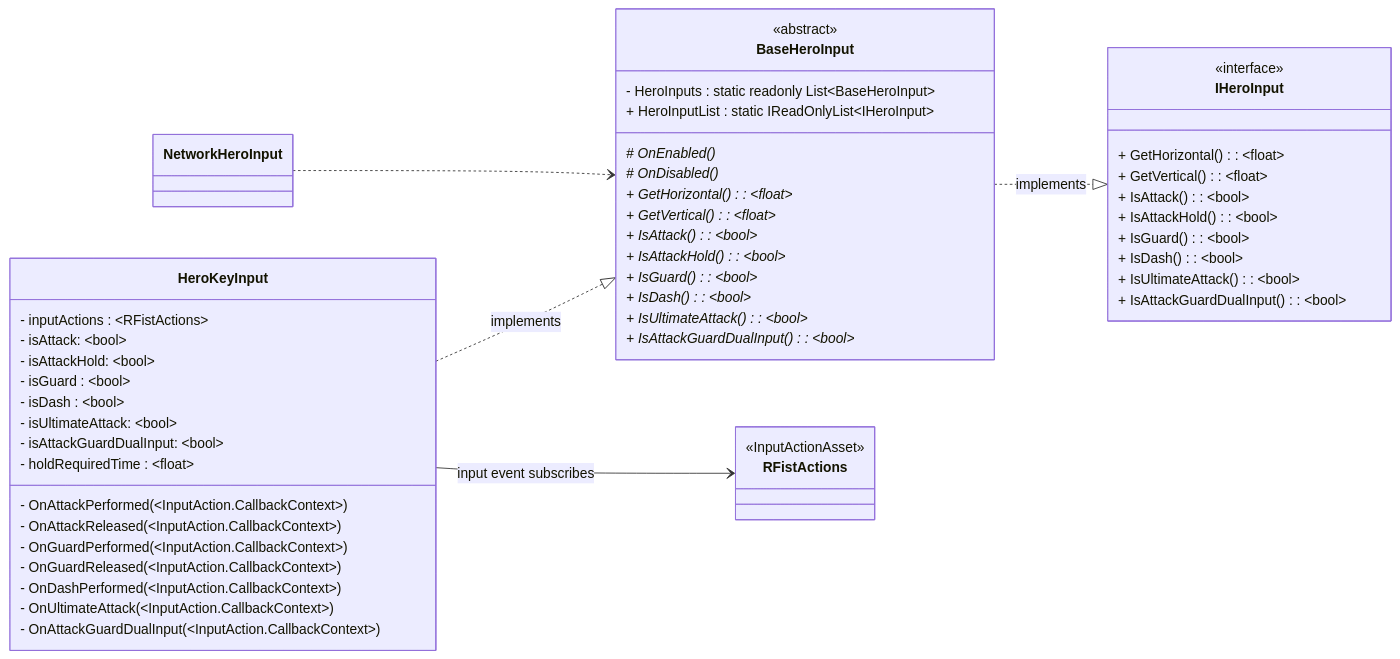
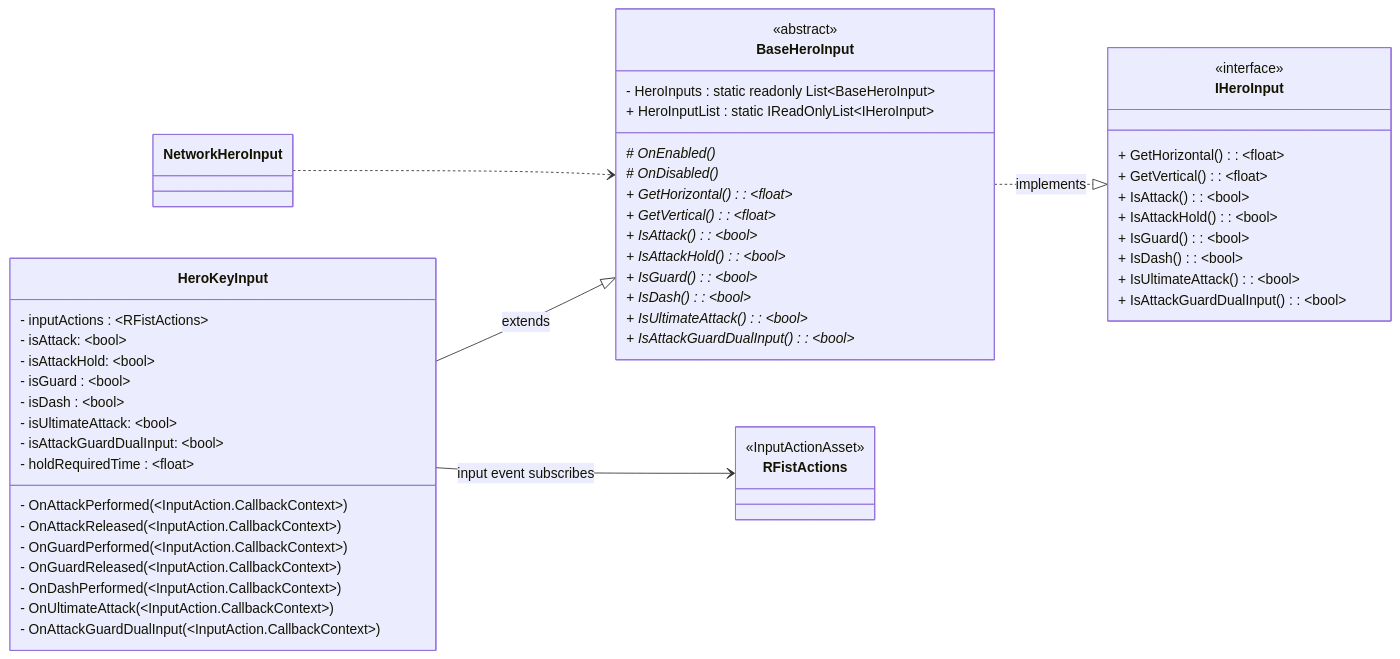
One commit to CosmicGiantKoala/CosmicGiantKoala.github.io changed the third of 6 diagrams in content/docs/Projects/Rfist/HeroControlSystem/Overview.md. Above: the diagram before and after it, drawn with Mermaid. The commit also changed other lines of this file and 31 other files, not shown here.

````diff
--- a/content/docs/Projects/Rfist/HeroControlSystem/Overview.md
+++ b/content/docs/Projects/Rfist/HeroControlSystem/Overview.md
@@ -315,55 +290,55 @@
 ```mermaid
 classDiagram
     direction LR
     class IHeroInput {
         <<interface>>
         + GetHorizontal() : ~float~
         + GetVertical() : ~float~
         + IsAttack() : ~bool~
         + IsAttackHold() : ~bool~
         + IsGuard() : ~bool~
         + IsDash() : ~bool~
         + IsUltimateAttack() : ~bool~
         + IsAttackGuardDualInput() : ~bool~
     }
     
     NetworkHeroInput ..> BaseHeroInput
     class BaseHeroInput {
         <<abstract>>
         - HeroInputs : static readonly List~BaseHeroInput~
         + HeroInputList : static IReadOnlyList~IHeroInput~
         # OnEnabled()*
         # OnDisabled()*
         + GetHorizontal()* : ~float~
         + GetVertical()* : ~float~
         + IsAttack()* : ~bool~
         + IsAttackHold()* : ~bool~
         + IsGuard()* : ~bool~
         + IsDash()* : ~bool~
         + IsUltimateAttack()* : ~bool~
         + IsAttackGuardDualInput()* : ~bool~
     }
     BaseHeroInput ..|> IHeroInput : implements
     class HeroKeyInput {
         - inputActions : ~RFistActions~
         - isAttack: ~bool~
         - isAttackHold: ~bool~
         - isGuard : ~bool~
         - isDash : ~bool~
         - isUltimateAttack: ~bool~
         - isAttackGuardDualInput: ~bool~
         - holdRequiredTime : ~float~
         - OnAttackPerformed(~InputAction.CallbackContext~)
         - OnAttackReleased(~InputAction.CallbackContext~)
         - OnGuardPerformed(~InputAction.CallbackContext~)
         - OnGuardReleased(~InputAction.CallbackContext~)
         - OnDashPerformed(~InputAction.CallbackContext~)
         - OnUltimateAttack(~InputAction.CallbackContext~)
         - OnAttackGuardDualInput(~InputAction.CallbackContext~)
     }
     HeroKeyInput --> RFistActions : input event subscribes
-    HeroKeyInput ..|> BaseHeroInput : implements
+    HeroKeyInput --|> BaseHeroInput : extends
     class RFistActions {
         <<InputActionAsset>>
     }
 ```
````
